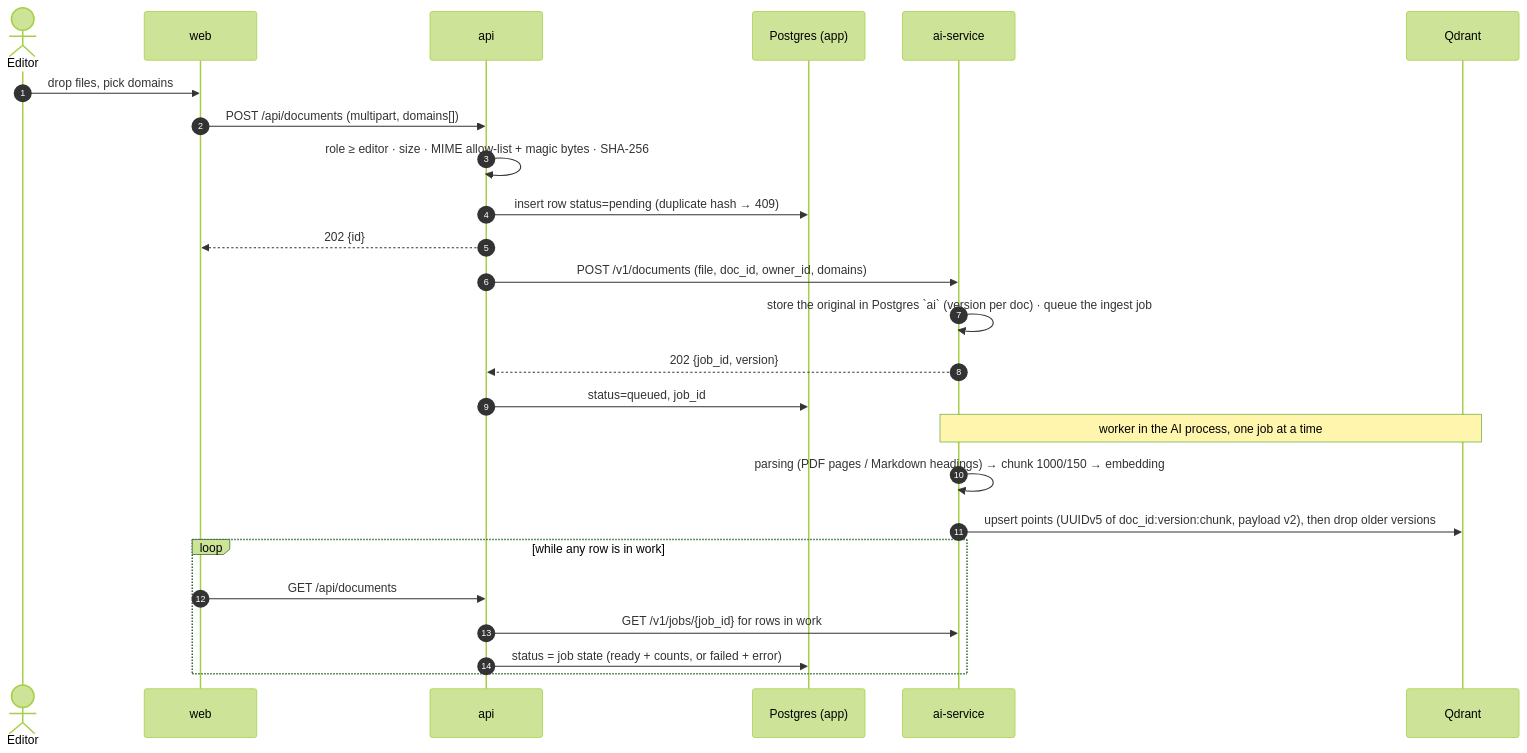
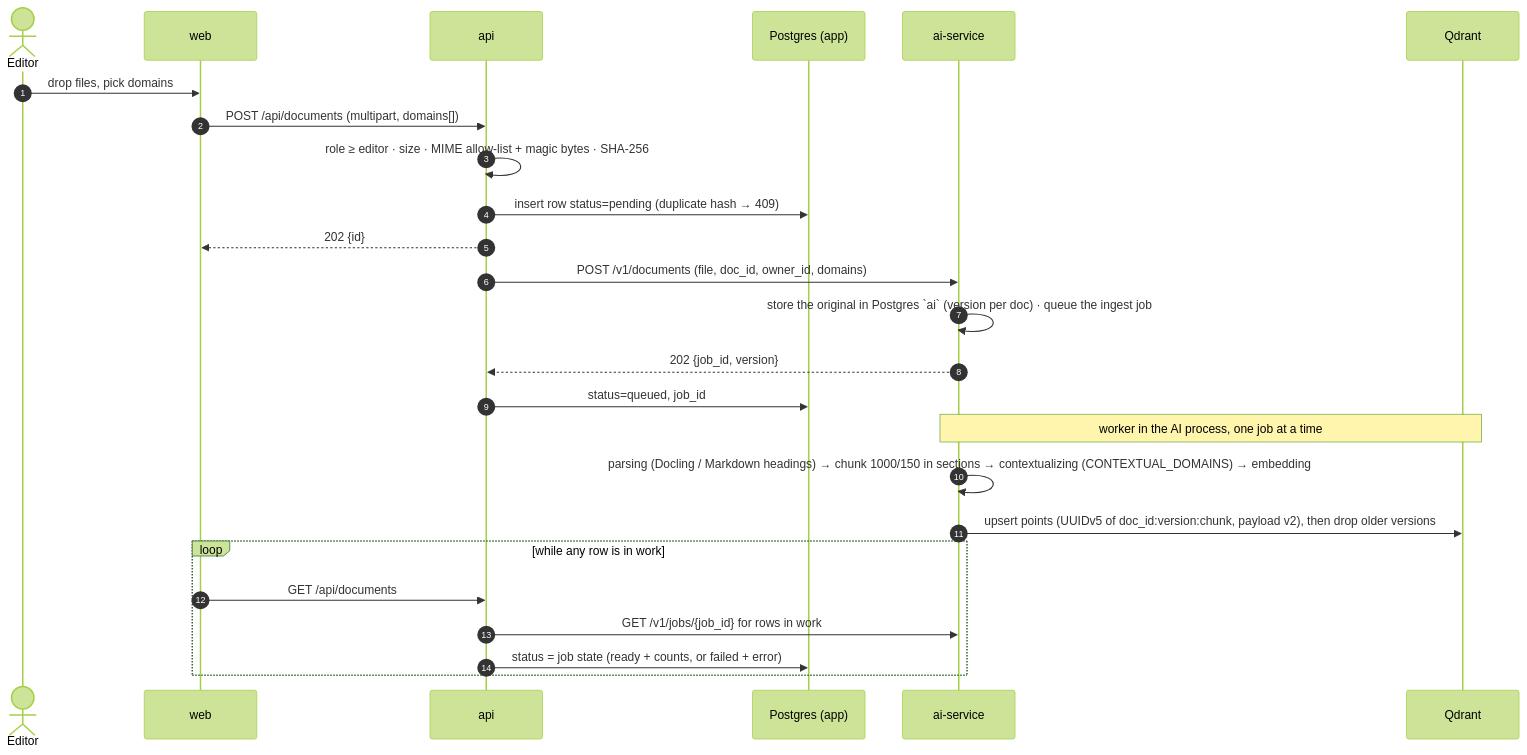
Before and after one commit to davidkutt/FS100: the second of 3 diagrams in docs/architecture.md, drawn with Mermaid (forest theme). The commit also changed 82 other files, not shown here.

````diff
--- a/docs/architecture.md
+++ b/docs/architecture.md
@@ -45,28 +45,28 @@
 ```mermaid
 sequenceDiagram
   autonumber
   actor U as Editor
   participant W as web
   participant A as api
   participant P as Postgres (app)
   participant AI as ai-service
   participant Q as Qdrant
 
   U->>W: drop files, pick domains
   W->>A: POST /api/documents (multipart, domains[])
   A->>A: role ≥ editor · size · MIME allow-list + magic bytes · SHA-256
   A->>P: insert row status=pending (duplicate hash → 409)
   A-->>W: 202 {id}
   A->>AI: POST /v1/documents (file, doc_id, owner_id, domains)
   AI->>AI: store the original in Postgres `ai` (version per doc) · queue the ingest job
   AI-->>A: 202 {job_id, version}
   A->>P: status=queued, job_id
   Note over AI,Q: worker in the AI process, one job at a time
-  AI->>AI: parsing (PDF pages / Markdown headings) → chunk 1000/150 → embedding
+  AI->>AI: parsing (Docling / Markdown headings) → chunk 1000/150 in sections → contextualizing (CONTEXTUAL_DOMAINS) → embedding
   AI->>Q: upsert points (UUIDv5 of doc_id:version:chunk, payload v2), then drop older versions
   loop while any row is in work
     W->>A: GET /api/documents
     A->>AI: GET /v1/jobs/{job_id} for rows in work
     A->>P: status = job state (ready + counts, or failed + error)
   end
 ```
````
